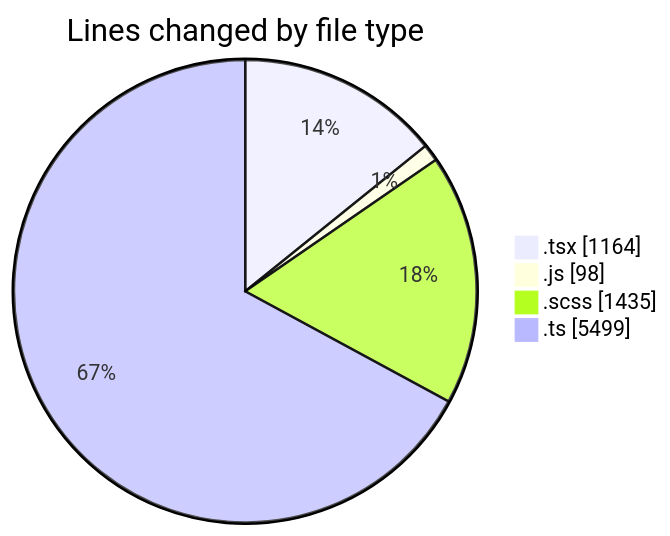
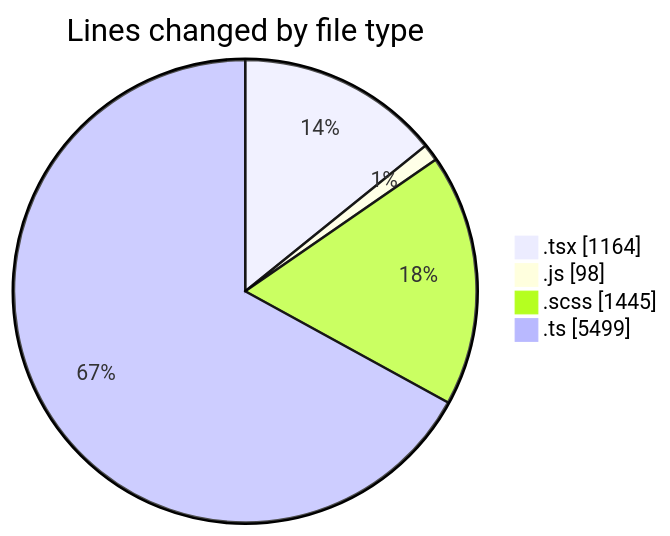
Before and after one commit to momahboobian/code-tracking: the first of 2 diagrams in 2025-03-31/cda/README.md, drawn with Mermaid. The commit also changed other lines of this file and 1 other file, not shown here.

````diff
--- a/2025-03-31/cda/README.md
+++ b/2025-03-31/cda/README.md
@@ -39,8 +39,8 @@
 ```mermaid
 pie showData
 title Lines changed by file type
 ".tsx" : 1164
 ".js" : 98
-".scss" : 1435
+".scss" : 1445
 ".ts" : 5499
 ```
````
